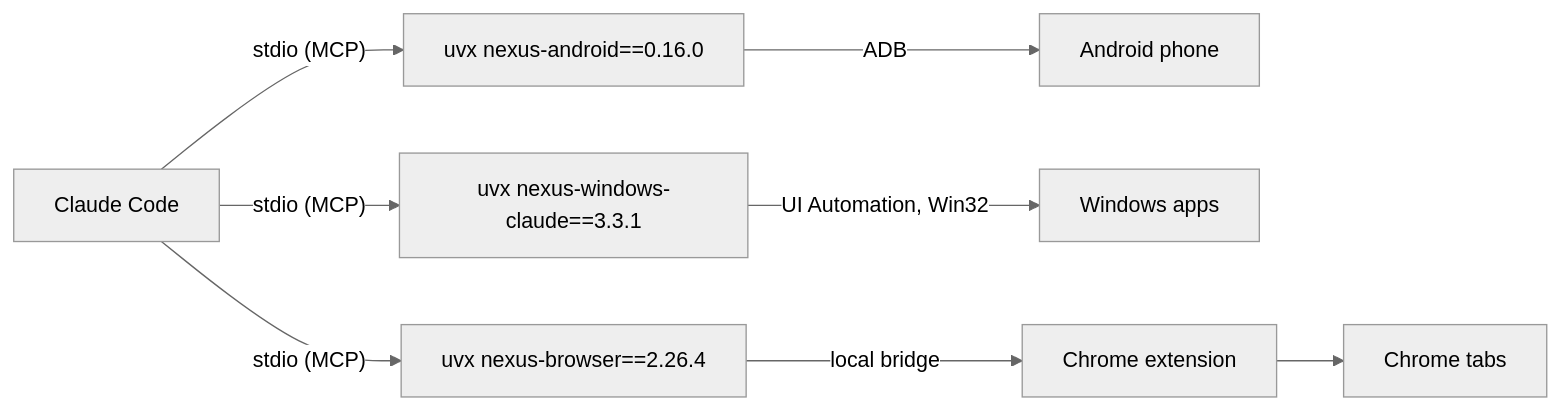
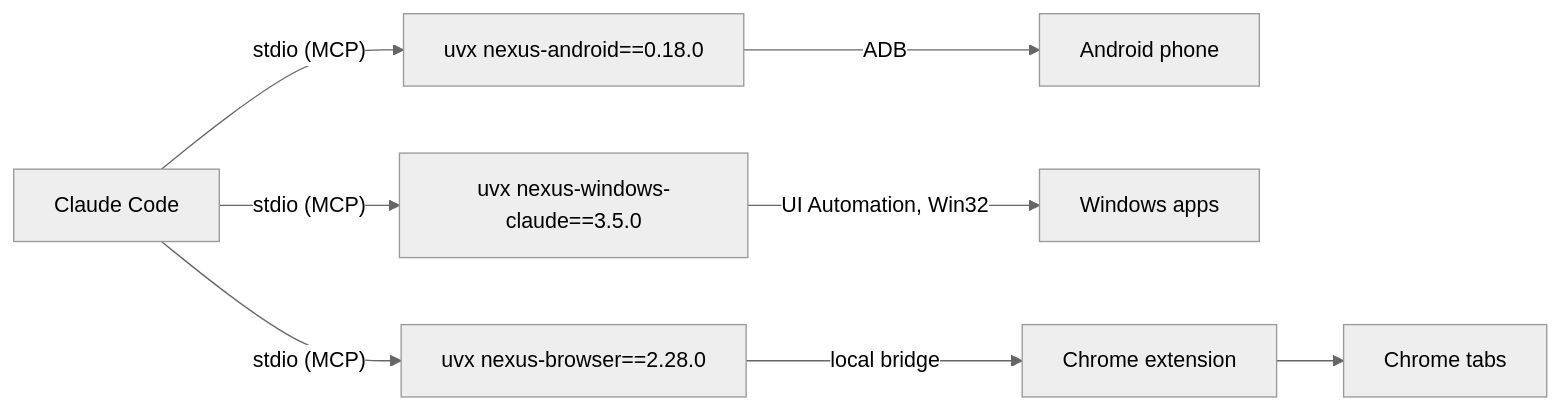
One commit to pironjulien/NexusSystem changed the diagram in README.md. Above: the diagram before and after it, drawn with Mermaid (neutral theme). The commit also changed 23 other files, not shown here.

Commit message:
1.6.21: nexus-android 0.18.0, nexus-browser 2.28.0, nexus-windows-claude 3.5.0 (sharper images)

````diff
--- a/README.md
+++ b/README.md
@@ -129,6 +129,6 @@
 ```mermaid
 flowchart LR
-    C["Claude Code"] -- "stdio (MCP)" --> A["uvx nexus-android==0.16.0"] -- ADB --> P["Android phone"]
-    C -- "stdio (MCP)" --> W["uvx nexus-windows-claude==3.3.1"] -- "UI Automation, Win32" --> D["Windows apps"]
-    C -- "stdio (MCP)" --> B["uvx nexus-browser==2.26.4"] -- "local bridge" --> E["Chrome extension"] --> T["Chrome tabs"]
+    C["Claude Code"] -- "stdio (MCP)" --> A["uvx nexus-android==0.18.0"] -- ADB --> P["Android phone"]
+    C -- "stdio (MCP)" --> W["uvx nexus-windows-claude==3.5.0"] -- "UI Automation, Win32" --> D["Windows apps"]
+    C -- "stdio (MCP)" --> B["uvx nexus-browser==2.28.0"] -- "local bridge" --> E["Chrome extension"] --> T["Chrome tabs"]
 ```
````
